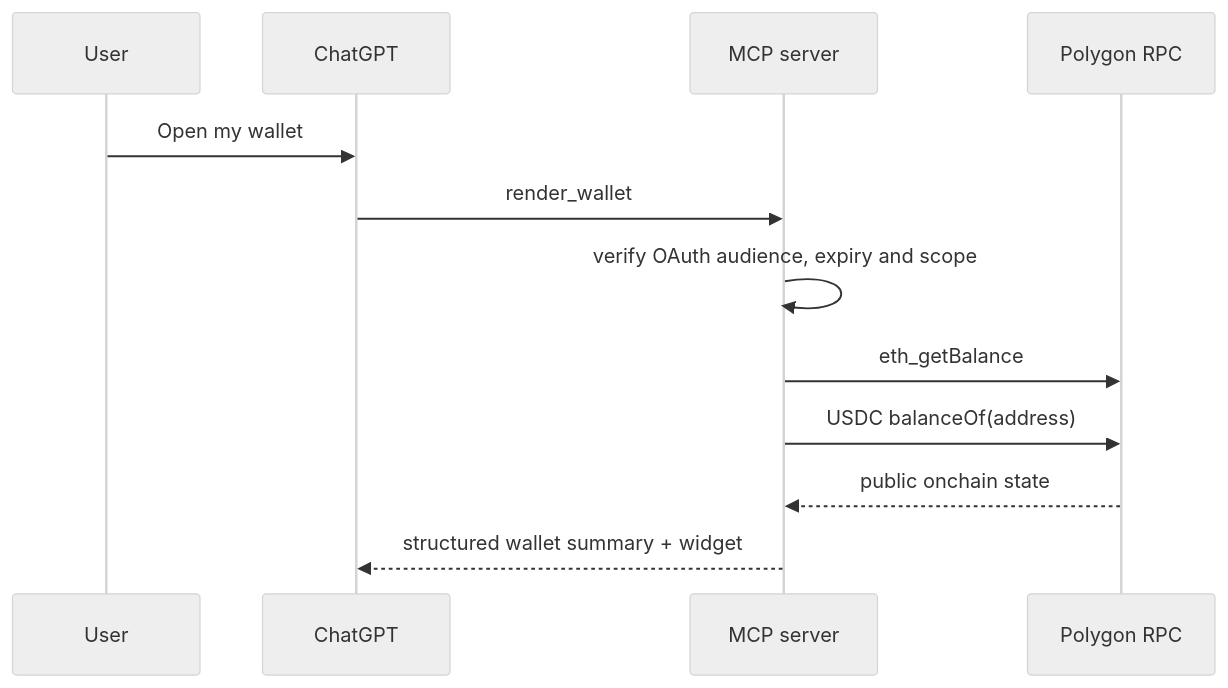
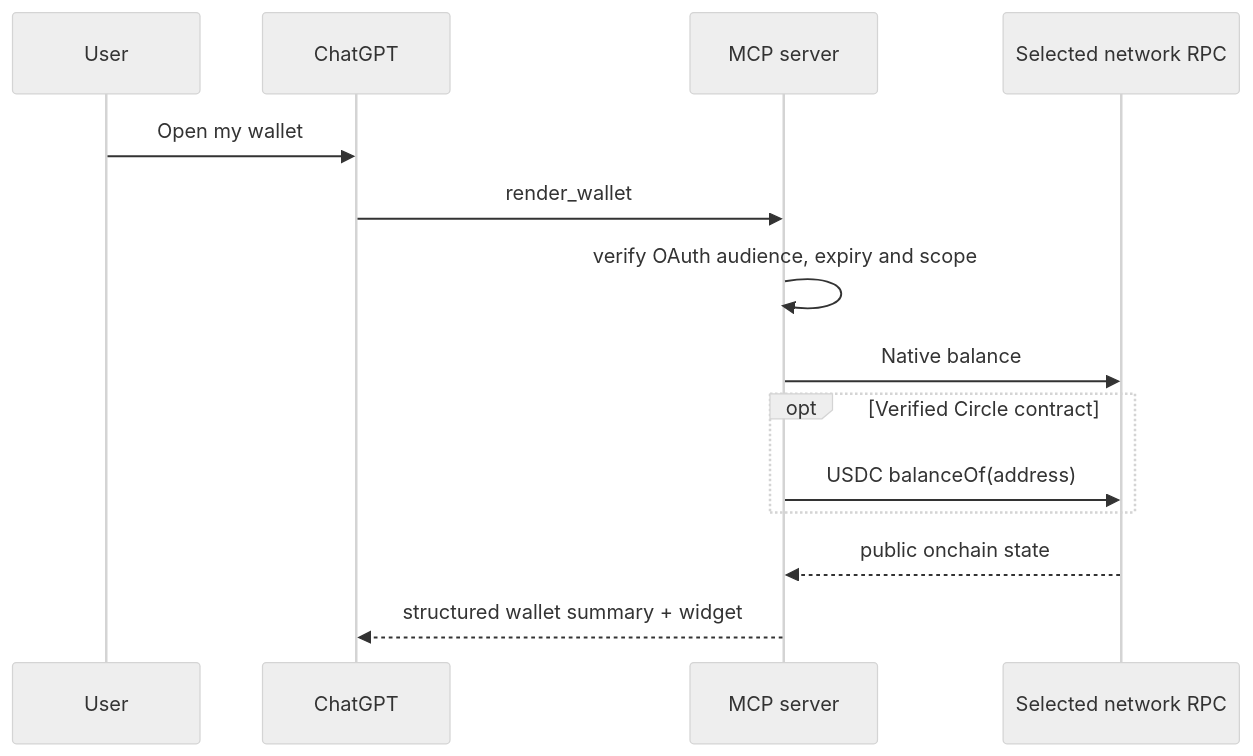
The second of 2 diagrams in docs/ARCHITECTURE.md (coinsecuritiescompany/GPT-wallet-AiFinPay), drawn with Mermaid (neutral theme) before and after one commit. The commit also changed other lines of this file and 70 other files, not shown here.

````diff
--- a/docs/ARCHITECTURE.md
+++ b/docs/ARCHITECTURE.md
@@ -30,14 +31,16 @@
 ```mermaid
 sequenceDiagram
     participant U as User
     participant C as ChatGPT
     participant M as MCP server
-    participant R as Polygon RPC
+    participant R as Selected network RPC
     U->>C: Open my wallet
     C->>M: render_wallet
     M->>M: verify OAuth audience, expiry and scope
-    M->>R: eth_getBalance
-    M->>R: USDC balanceOf(address)
+    M->>R: Native balance
+    opt Verified Circle contract
+      M->>R: USDC balanceOf(address)
+    end
     R-->>M: public onchain state
     M-->>C: structured wallet summary + widget
 ```
````
